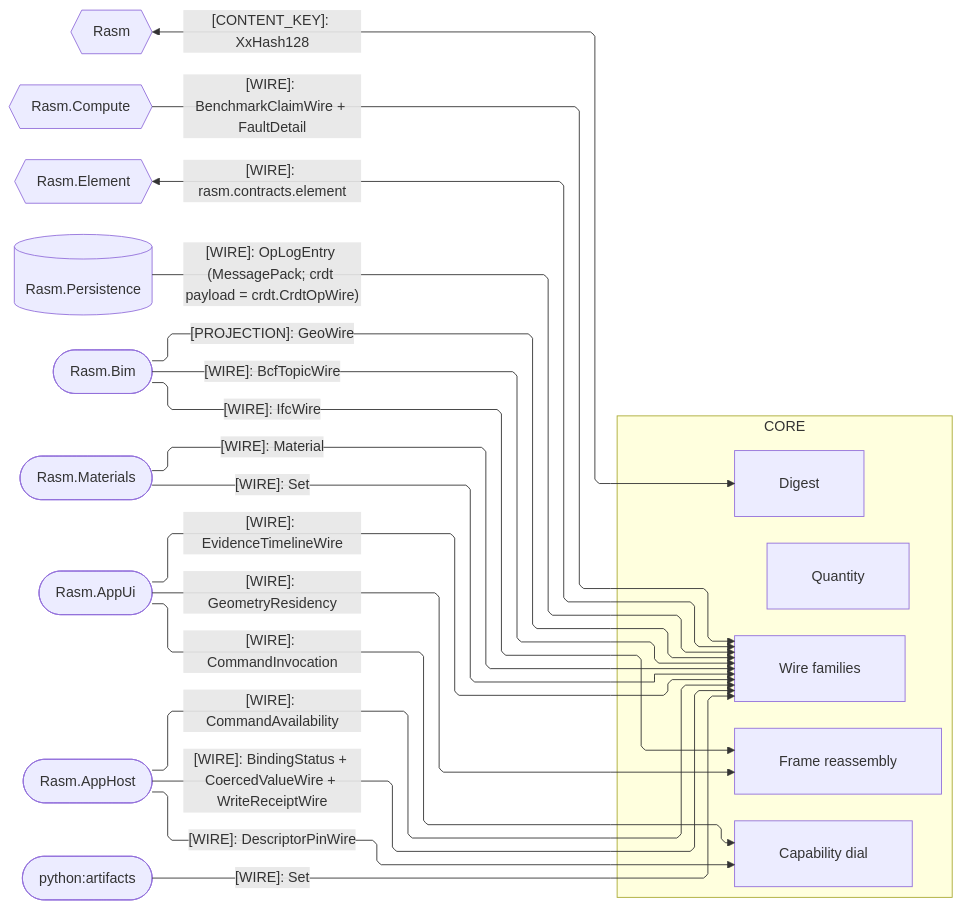
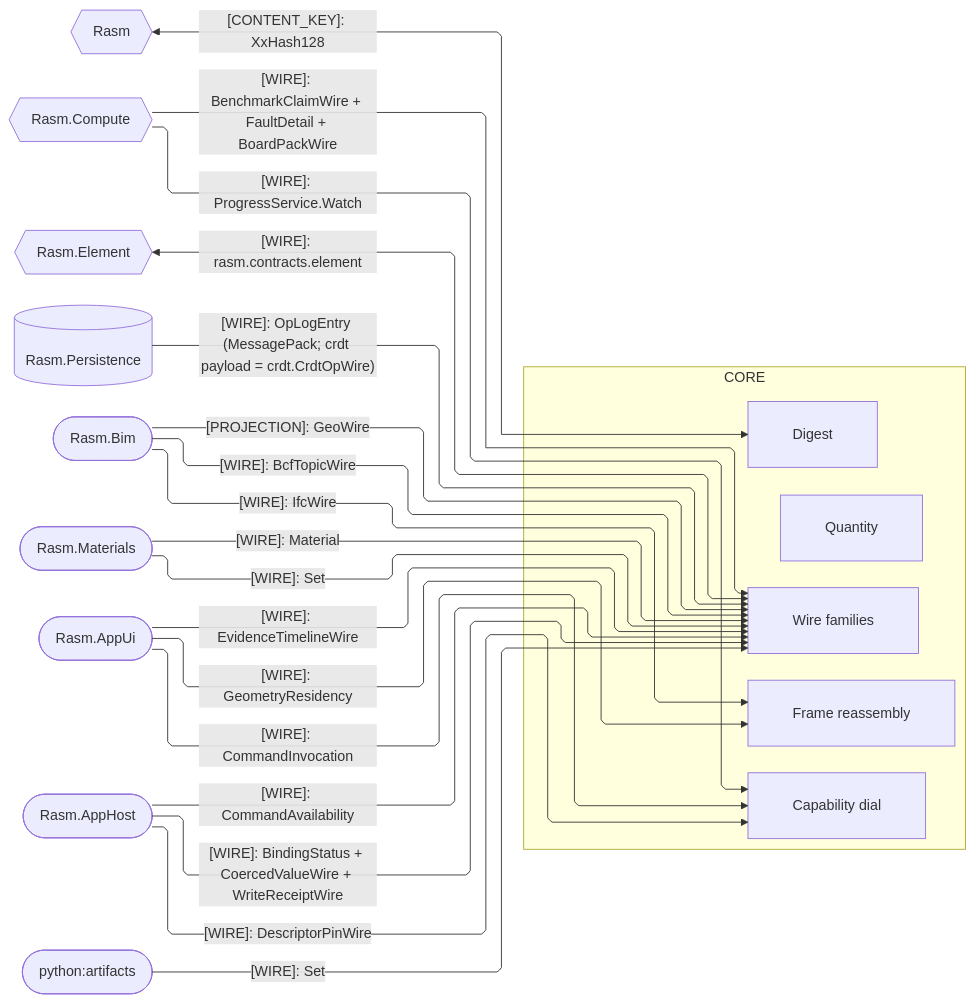
Before and after one commit to bsamiee/Rasm: the second of 4 diagrams in libs/typescript/core/ARCHITECTURE.md, drawn with Mermaid. The commit also changed other lines of this file and 167 other files, not shown here.

````diff
--- a/libs/typescript/core/ARCHITECTURE.md
+++ b/libs/typescript/core/ARCHITECTURE.md
@@ -125,44 +125,45 @@
 ```mermaid
 ---
 config:
   layout: elk
   flowchart:
     curve: linear
     padding: 25
 ---
 flowchart LR
     accTitle: Core wire-plane seam registry
     accDescr: Wire, Frame, and Invoke admit peer-owned contracts; every external edge preserves its producer spelling.
     subgraph core[CORE]
         Digest[Digest]
         Quantity[Quantity]
         Wire[Wire families]
         Frame[Frame reassembly]
         Invoke[Capability dial]
     end
     Rasm{{Rasm}}
     Compute{{Rasm.Compute}}
     Element{{Rasm.Element}}
     Persistence[(Rasm.Persistence)]
     Bim([Rasm.Bim])
     Materials([Rasm.Materials])
     AppUi([Rasm.AppUi])
     AppHost([Rasm.AppHost])
     Artifacts([python:artifacts])
     Rasm e1@<-->|"[CONTENT_KEY]: XxHash128"| Digest
-    Compute e2@-->|"[WIRE]: BenchmarkClaimWire + FaultDetail"| Wire
+    Compute e2@-->|"[WIRE]: BenchmarkClaimWire + FaultDetail + BoardPackWire"| Wire
+    Compute e21@-->|"[WIRE]: ProgressService.Watch"| Invoke
     Element e3@<-->|"[WIRE]: rasm.contracts.element"| Wire
     Persistence e4@-->|"[WIRE]: OpLogEntry (MessagePack; crdt payload = crdt.CrdtOpWire)"| Wire
     Bim e6@-->|"[WIRE]: IfcWire"| Frame
     Bim e7@-->|"[WIRE]: BcfTopicWire"| Wire
     Materials e9@-->|"[WIRE]: Material"| Wire
     Materials e10@-->|"[WIRE]: Set"| Wire
     Artifacts e11@-->|"[WIRE]: Set"| Wire
     AppUi e12@-->|"[WIRE]: CommandInvocation"| Invoke
     AppUi e13@-->|"[WIRE]: GeometryResidency"| Frame
     AppUi e14@-->|"[WIRE]: EvidenceTimelineWire"| Wire
     AppHost e15@-->|"[WIRE]: DescriptorPinWire"| Invoke
     AppHost e17@-->|"[WIRE]: CommandAvailability"| Wire
     AppHost e18@-->|"[WIRE]: BindingStatus + CoercedValueWire + WriteReceiptWire"| Wire
     Bim e20@-->|"[PROJECTION]: GeoWire"| Wire
 ```
````
